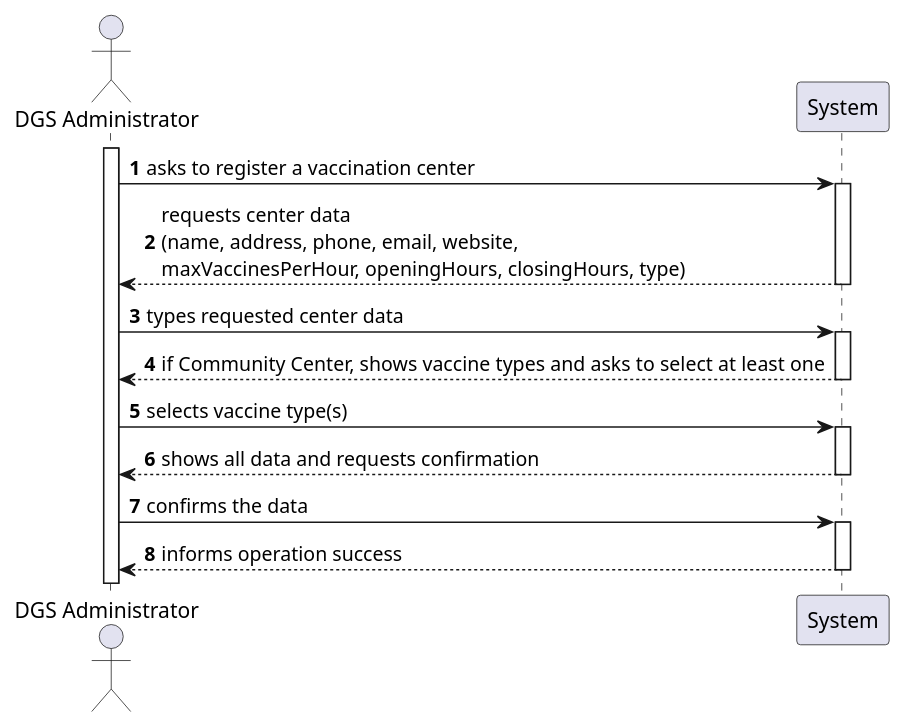
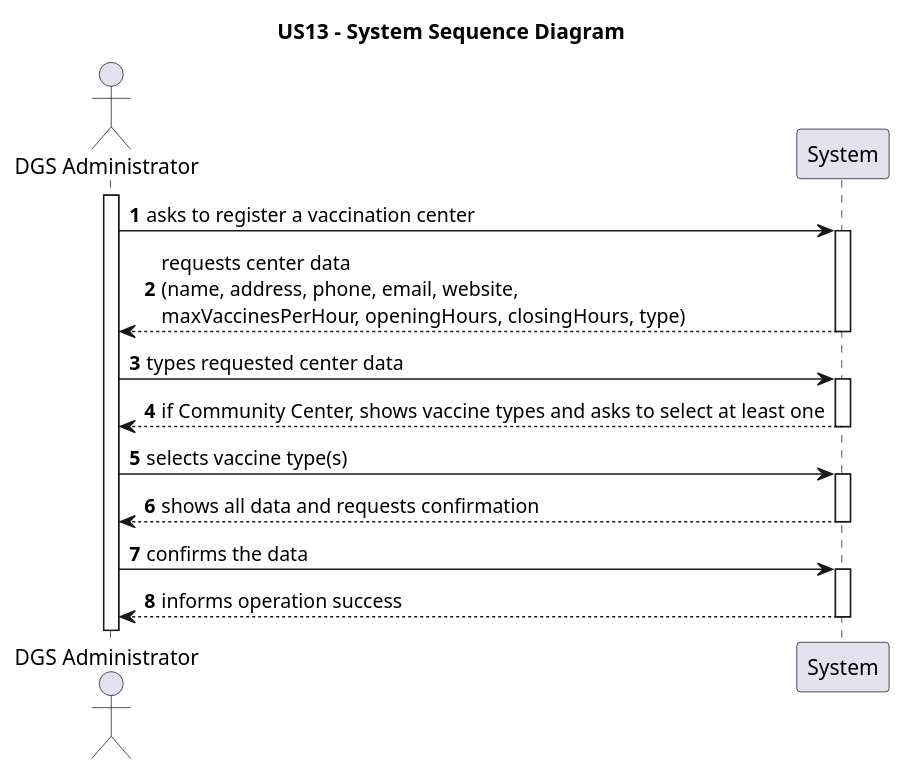
The diagram in docs/system-documentation/US13/puml/US13-SSD.puml (luluisfcm/leti-esoft-25-26-B5), drawn with PlantUML before and after one commit. The commit also changed 7 other files, not shown here.

```diff
--- a/docs/system-documentation/US13/puml/US13-SSD.puml
+++ b/docs/system-documentation/US13/puml/US13-SSD.puml
@@ -1,23 +1,24 @@
 @startuml
 'https://plantuml.com/sequence-diagram
+title US13 - System Sequence Diagram
 autoactivate on
 autonumber
 
 actor "DGS Administrator" as Admin
 participant "System" as System
 
 activate Admin
 
 Admin -> System: asks to register a vaccination center
 System --> Admin: requests center data \n(name, address, phone, email, website,\nmaxVaccinesPerHour, openingHours, closingHours, type)
 
 Admin -> System: types requested center data
 System --> Admin: if Community Center, shows vaccine types and asks to select at least one
 
 Admin -> System: selects vaccine type(s)
 System --> Admin: shows all data and requests confirmation
 
 Admin -> System: confirms the data
 System --> Admin: informs operation success
 
 @enduml
```
